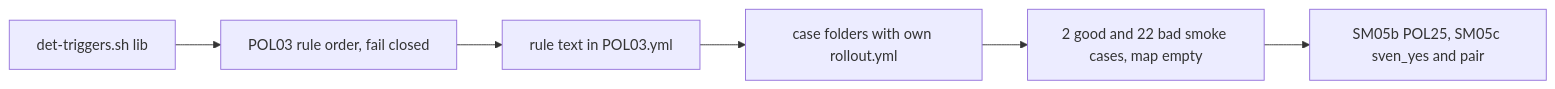
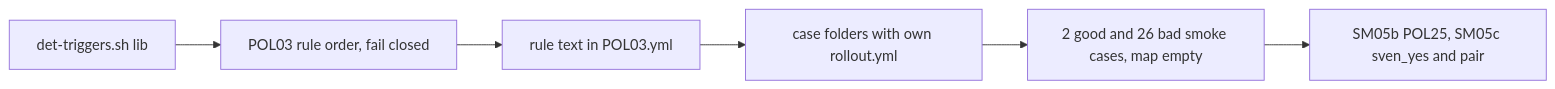
Before and after one commit to svennijhuis/agentic-workflows: the second of 2 diagrams in docs/pbi/done/SM05a-det-triggers-pol03.md, drawn with Mermaid. The commit also changed other lines of this file and 15 other files, not shown here.

````diff
--- a/docs/pbi/done/SM05a-det-triggers-pol03.md
+++ b/docs/pbi/done/SM05a-det-triggers-pol03.md
@@ -103,8 +116,8 @@
 ```mermaid
 flowchart LR
   S1[det-triggers.sh lib] --> S2[POL03 rule order, fail closed]
   S2 --> S3[rule text in POL03.yml]
   S3 --> S4[case folders with own rollout.yml]
-  S4 --> S5[2 good and 22 bad smoke cases, map empty]
+  S4 --> S5[2 good and 26 bad smoke cases, map empty]
   S5 --> S6[SM05b POL25, SM05c sven_yes and pair]
 ```
````
